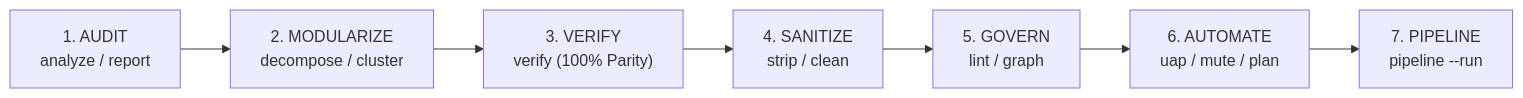
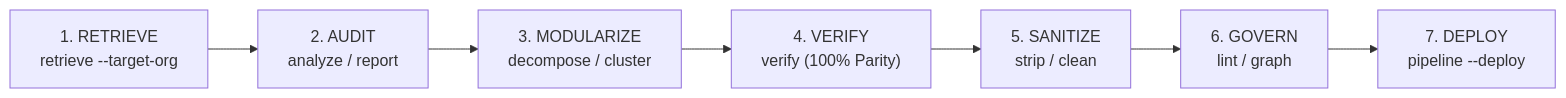
Before and after one commit to visparashar/permforge: the first of 2 diagrams in README.md, drawn with Mermaid. The commit also changed other lines of this file and 12 other files, not shown here.

Commit message:
feat: add direct live Salesforce org connectivity and retrieve command

````diff
--- a/README.md
+++ b/README.md
@@ -41,9 +41,9 @@
 ```mermaid
 flowchart LR
-    A["1. AUDIT<br/>analyze / report"] --> B["2. MODULARIZE<br/>decompose / cluster"]
-    B --> C["3. VERIFY<br/>verify (100% Parity)"]
-    C --> D["4. SANITIZE<br/>strip / clean"]
-    D --> E["5. GOVERN<br/>lint / graph"]
-    E --> F["6. AUTOMATE<br/>uap / mute / plan"]
-    F --> G["7. PIPELINE<br/>pipeline --run"]
+    A["1. RETRIEVE<br/>retrieve --target-org"] --> B["2. AUDIT<br/>analyze / report"]
+    B --> C["3. MODULARIZE<br/>decompose / cluster"]
+    C --> D["4. VERIFY<br/>verify (100% Parity)"]
+    D --> E["5. SANITIZE<br/>strip / clean"]
+    E --> F["6. GOVERN<br/>lint / graph"]
+    F --> G["7. DEPLOY<br/>pipeline --deploy"]
 ```
````
